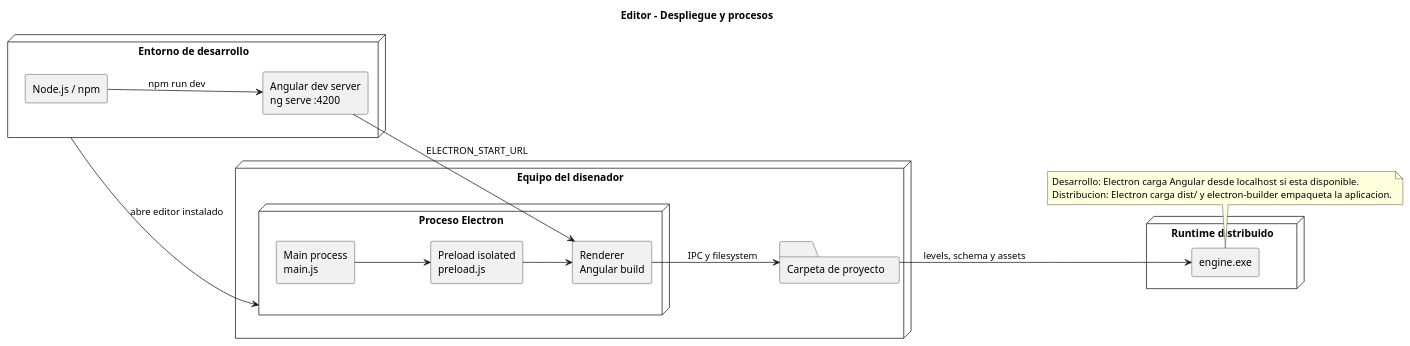
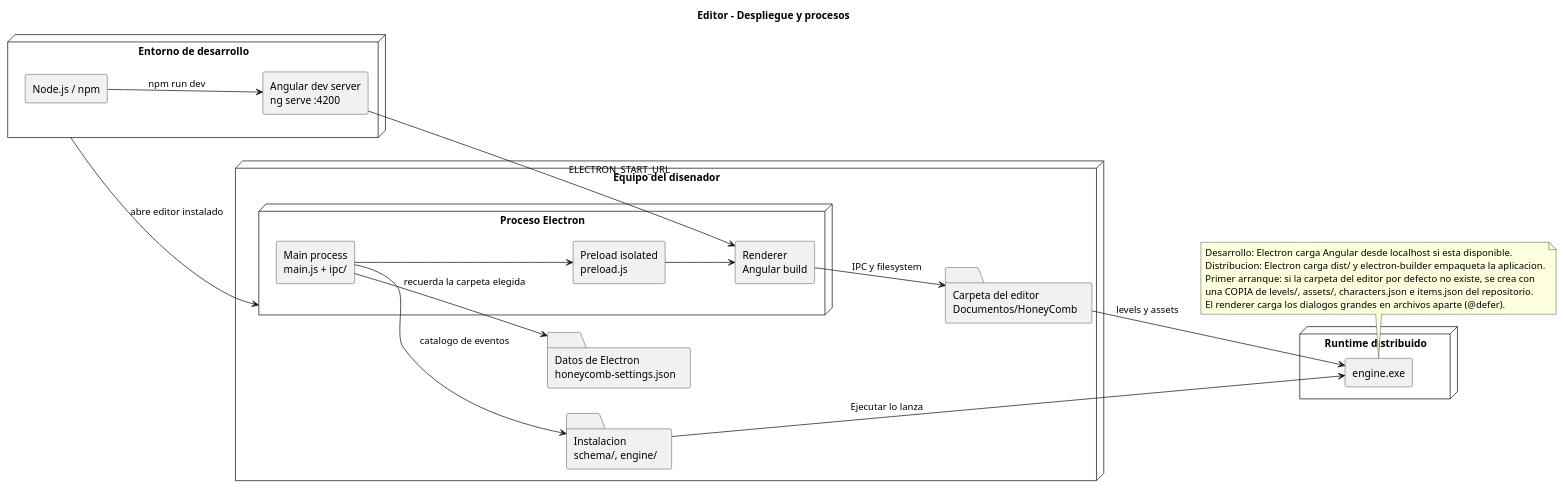
One commit to dannn-36/HoneyCombEngine-PlataformaNoCode-2.5D changed the diagram in docs/architecture/editor-deployment.puml. Above: the diagram before and after it, drawn with PlantUML. The commit also changed 59 other files, not shown here.

First line of the commit message:
Refactorizar el espacio de trabajo del editor y la canalización de recursos

```diff
--- a/docs/architecture/editor-deployment.puml
+++ b/docs/architecture/editor-deployment.puml
@@ -1,36 +1,44 @@
 @startuml editor-deployment
 title Editor - Despliegue y procesos
 left to right direction
 skinparam componentStyle rectangle
 
 node "Equipo del disenador" as workstation {
   node "Proceso Electron" as electron {
-    component "Main process\nmain.js" as main
+    component "Main process\nmain.js + ipc/" as main
     component "Preload isolated\npreload.js" as preload
     component "Renderer\nAngular build" as renderer
   }
-  folder "Carpeta de proyecto" as project
+  folder "Carpeta del editor\nDocumentos/HoneyComb" as project
+  folder "Datos de Electron\nhoneycomb-settings.json" as settings
+  folder "Instalacion\nschema/, engine/" as install
 }
 
 node "Entorno de desarrollo" as dev {
   component "Angular dev server\nng serve :4200" as ng
   component "Node.js / npm" as node
 }
 
 node "Runtime distribuido" as runtime {
   component "engine.exe" as exe
 }
 
 dev --> electron : abre editor instalado
 ng --> renderer : ELECTRON_START_URL
 node --> ng : npm run dev
 main --> preload
 preload --> renderer
 renderer --> project : IPC y filesystem
-project --> exe : levels, schema y assets
+main --> settings : recuerda la carpeta elegida
+main --> install : catalogo de eventos
+project --> exe : levels y assets
+install --> exe : Ejecutar lo lanza
 
 note bottom
 Desarrollo: Electron carga Angular desde localhost si esta disponible.
 Distribucion: Electron carga dist/ y electron-builder empaqueta la aplicacion.
+Primer arranque: si la carpeta del editor por defecto no existe, se crea con
+una COPIA de levels/, assets/, characters.json e items.json del repositorio.
+El renderer carga los dialogos grandes en archivos aparte (@defer).
 end note
 @enduml
```
